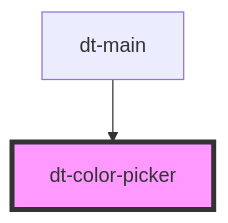
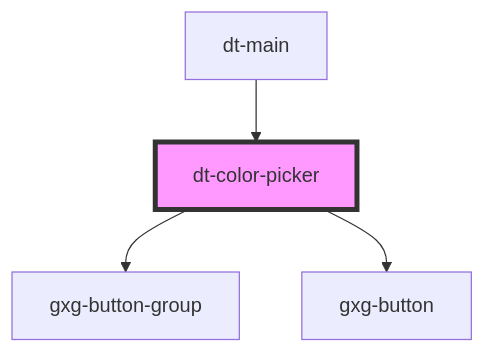
Before and after one commit to genexuslabs/design-tokens-editor: the diagram in src/components/color-picker/readme.md, drawn with Mermaid. The commit also changed other lines of this file and 11 other files, not shown here.

````diff
--- a/src/components/color-picker/readme.md
+++ b/src/components/color-picker/readme.md
@@ -31,5 +36,7 @@
 ```mermaid
 graph TD;
+  dt-color-picker --> gxg-button-group
+  dt-color-picker --> gxg-button
   dt-main --> dt-color-picker
   style dt-color-picker fill:#f9f,stroke:#333,stroke-width:4px
 ```
````
